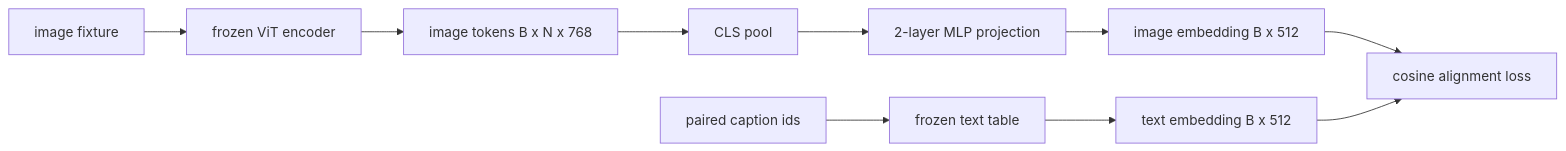
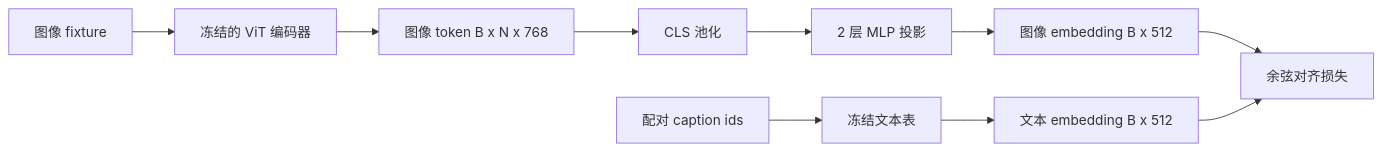
One commit to guangningsun/ailearning changed the diagram in lessons/19-capstone-projects/60-projection-layer-modality-align/docs/zh.md. Above: the diagram before and after it, drawn with Mermaid. The commit also changed other lines of this file and 85 other files, not shown here.

````diff
--- a/lessons/19-capstone-projects/60-projection-layer-modality-align/docs/zh.md
+++ b/lessons/19-capstone-projects/60-projection-layer-modality-align/docs/zh.md
@@ -25,12 +25,12 @@
 ```mermaid
 flowchart LR
-  Image[image fixture] --> Enc[frozen ViT encoder]
-  Enc --> Tok[image tokens B x N x 768]
-  Tok --> Pool[CLS pool]
-  Pool --> Proj[2-layer MLP projection]
-  Proj --> Img[image embedding B x 512]
-  Caption[paired caption ids] --> Tab[frozen text table]
-  Tab --> Txt[text embedding B x 512]
-  Img --> Loss[cosine alignment loss]
+  Image[图像 fixture] --> Enc[冻结的 ViT 编码器]
+  Enc --> Tok[图像 token B x N x 768]
+  Tok --> Pool[CLS 池化]
+  Pool --> Proj[2 层 MLP 投影]
+  Proj --> Img[图像 embedding B x 512]
+  Caption[配对 caption ids] --> Tab[冻结文本表]
+  Tab --> Txt[文本 embedding B x 512]
+  Img --> Loss[余弦对齐损失]
   Txt --> Loss
 ```
````
